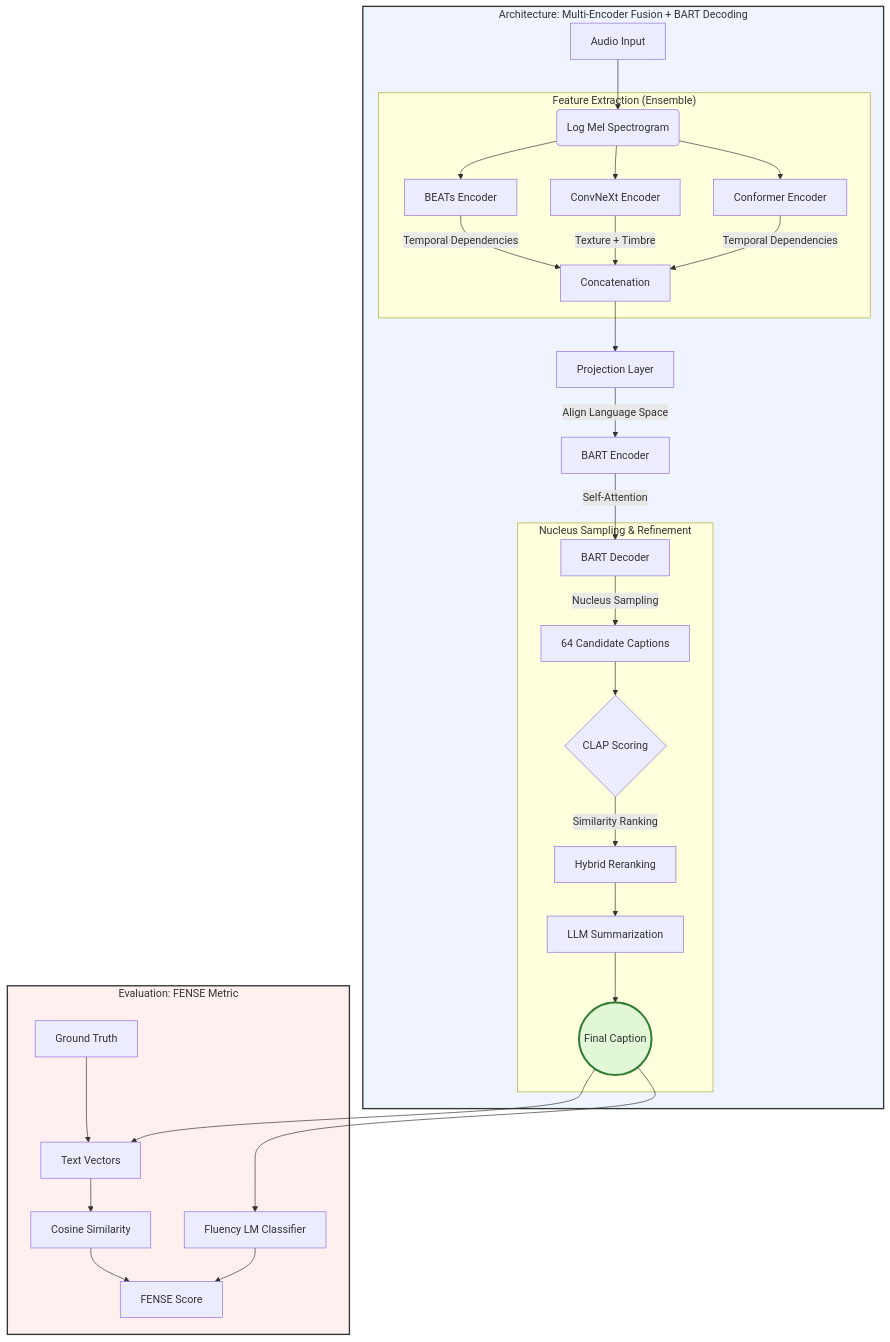
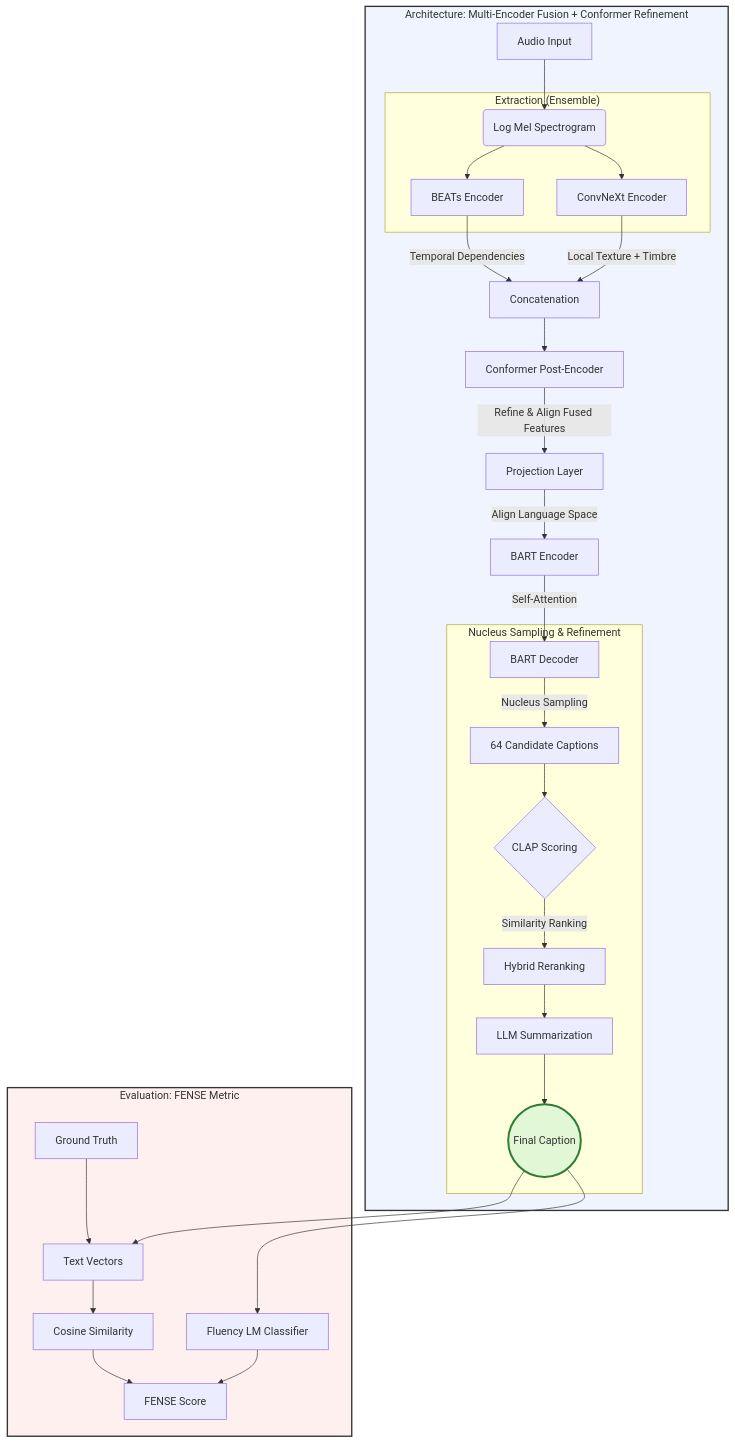
The diagram in README.md (RobertTylman/Automatic-Audio-Captioning-ML-2026), drawn with Mermaid before and after one commit. The commit also changed other lines of this file, not shown here.

Commit message:
docs: update model architecture diagram and description to reflect Conformer refinement stage

````diff
--- a/README.md
+++ b/README.md
@@ -98,40 +98,40 @@
 ```mermaid
 graph TD
-    subgraph Model ["Architecture: Multi-Encoder Fusion + BART Decoding"]
+    subgraph Model ["Architecture: Multi-Encoder Fusion + Conformer Refinement"]
         Audio[Audio Input] --> Mel(Log Mel Spectrogram)
         
-        subgraph Encoders ["Feature Extraction (Ensemble)"]
+        subgraph Encoders ["Extraction (Ensemble)"]
             Mel --> BEATs[BEATs Encoder]
             Mel --> ConvNeXt[ConvNeXt Encoder]
-            Mel --> Conformer[Conformer Encoder]
-            
-            BEATs -- "Temporal Dependencies" --> Concat
-            Conformer -- "Temporal Dependencies" --> Concat
-            ConvNeXt -- "Texture + Timbre" --> Concat
         end
         
-        Concat[Concatenation] --> Project[Projection Layer]
+        BEATs -- "Temporal Dependencies" --> Concat
+        ConvNeXt -- "Local Texture + Timbre" --> Concat
+        
+        Concat[Concatenation] --> Conformer[Conformer Post-Encoder]
+        
+        Conformer -- "Refine & Align Fused Features" --> Project[Projection Layer]
         Project -- "Align Language Space" --> B_Enc[BART Encoder]
         B_Enc -- "Self-Attention" --> B_Dec[BART Decoder]
         
         subgraph Generation ["Nucleus Sampling & Refinement"]
             B_Dec -- "Nucleus Sampling" --> Cands[64 Candidate Captions]
             Cands --> CLAP{CLAP Scoring}
             CLAP -- "Similarity Ranking" --> Rerank[Hybrid Reranking]
             Rerank --> LLM[LLM Summarization]
             LLM --> Final((Final Caption))
         end
     end
 
     subgraph Eval ["Evaluation: FENSE Metric"]
         Final --> Vec[Text Vectors]
         GT[Ground Truth] --> Vec
         Vec --> Cos[Cosine Similarity]
         Final --> Fluency[Fluency LM Classifier]
         Cos & Fluency --> FENSE[FENSE Score]
     end
 
     style Model fill:#f0f4ff,stroke:#333,stroke-width:2px
     style Eval fill:#fff0f0,stroke:#333,stroke-width:2px
     style Final fill:#e1f7d5,stroke:#2e7d32,stroke-width:3px
 ```
````
